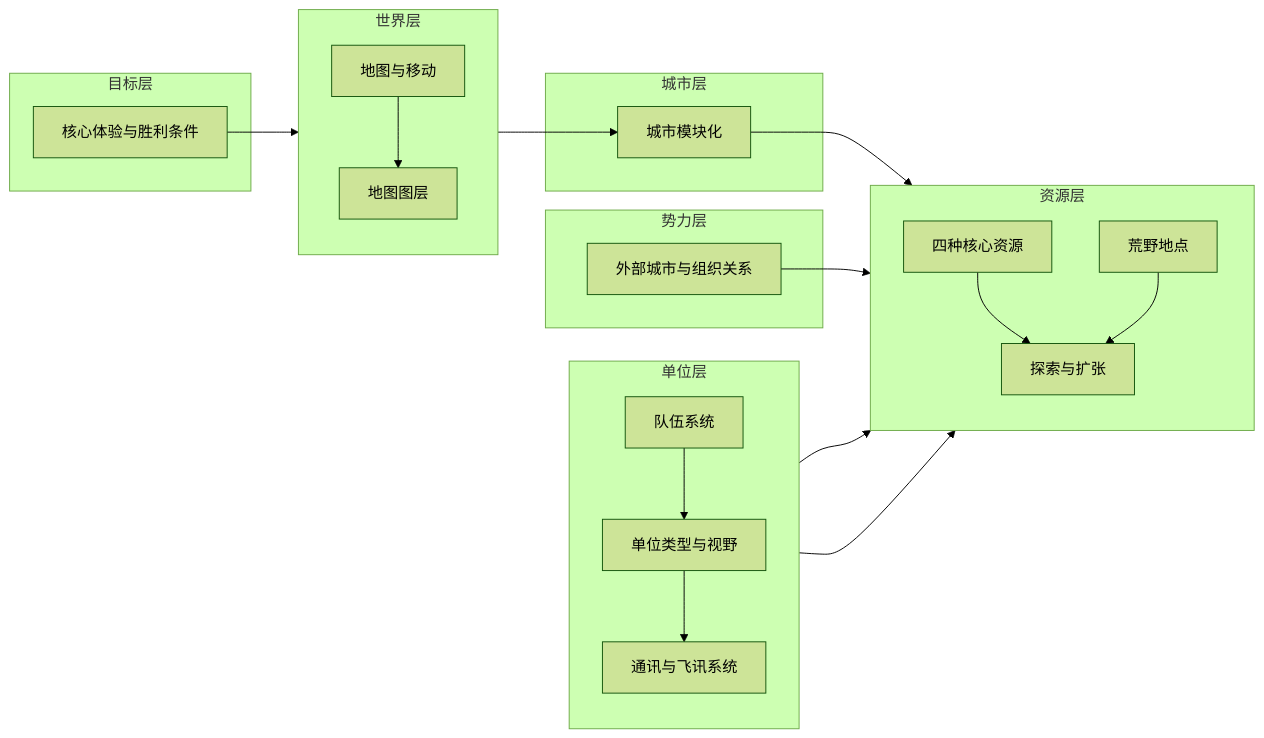
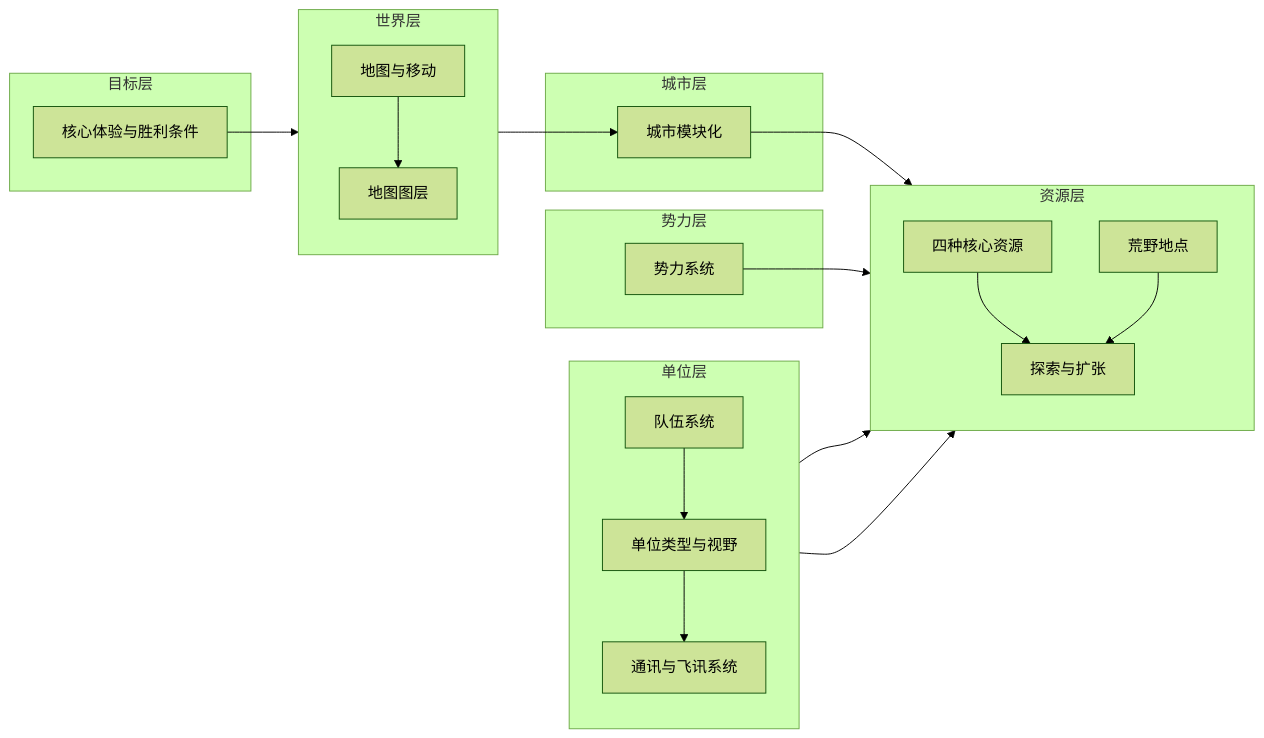
The diagram in Docs/02-系统设计/01-核心系统/README.md (Estrella6066773/DriveToLight), drawn with Mermaid (forest theme) before and after one commit. The commit also changed other lines of this file and 32 other files, not shown here.

````diff
--- a/Docs/02-系统设计/01-核心系统/README.md
+++ b/Docs/02-系统设计/01-核心系统/README.md
@@ -26,40 +26,40 @@
 ```mermaid
 flowchart LR
     subgraph L1["目标层"]
         A[核心体验与胜利条件]
     end
     subgraph L2["世界层"]
         direction TB
         B[地图与移动]
         C[地图图层]
     end
     subgraph L3["城市层"]
         D[城市模块化]
     end
     subgraph L4["资源层"]
         direction TB
         E[四种核心资源]
         F[荒野地点]
         G[探索与扩张]
     end
     subgraph L5["单位层"]
         direction TB
         H[队伍系统]
         I[单位类型与视野]
         J[通讯与飞讯系统]
     end
     subgraph L6["势力层"]
-        K[外部城市与组织关系]
+        K[势力系统]
     end
     A --> B
     B --> C
     B --> D
     D --> G
     E --> G
     F --> G
     H --> I
     I --> J
     H --> G
     J --> G
     K --> G
 ```
````
